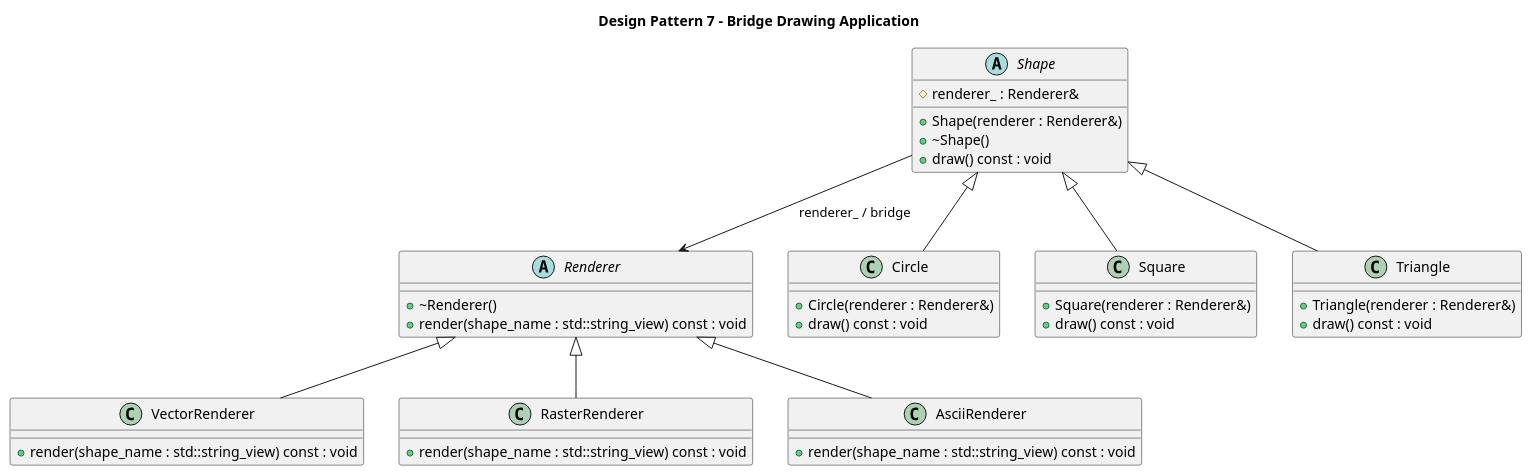
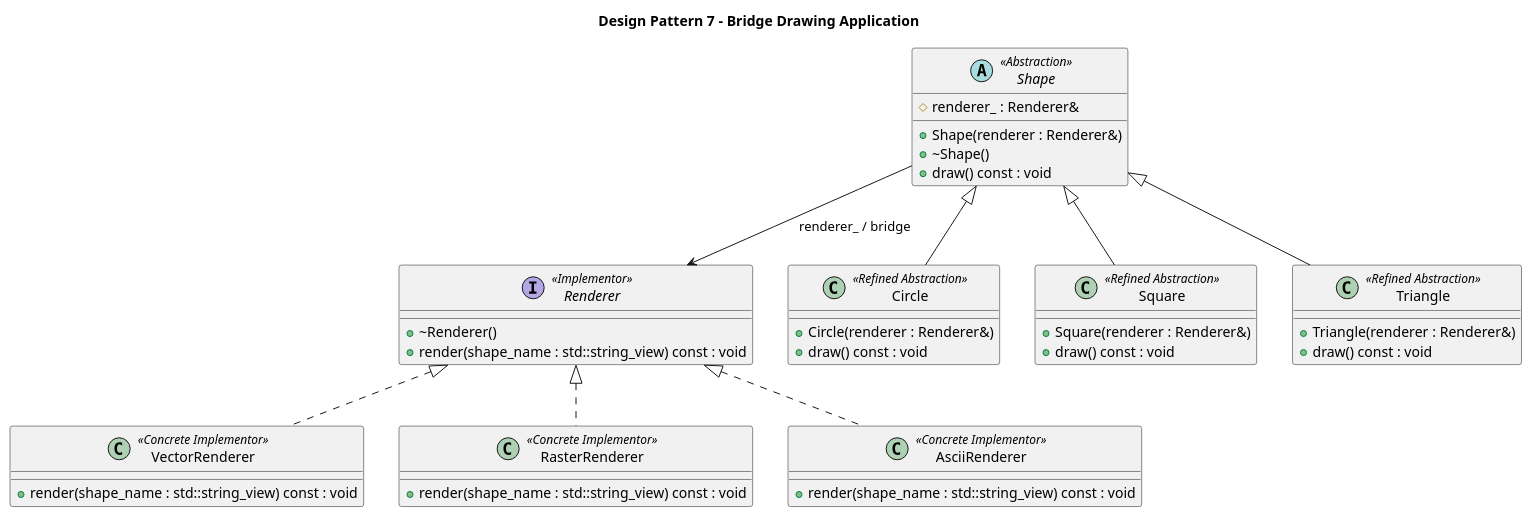
One commit to PatrickG2907/oop-design-pattern-challenges changed the diagram in structural-patterns/bridge/cpp/architecture.puml. Above: the diagram before and after it, drawn with PlantUML.

```diff
--- a/structural-patterns/bridge/cpp/architecture.puml
+++ b/structural-patterns/bridge/cpp/architecture.puml
@@ -1,55 +1,53 @@
 @startuml
 title Design Pattern 7 - Bridge Drawing Application
 
-abstract class Renderer {
+interface Renderer <<Implementor>> {
     + ~Renderer()
     + render(shape_name : std::string_view) const : void
 }
 
-class VectorRenderer {
+class VectorRenderer <<Concrete Implementor>> {
     + render(shape_name : std::string_view) const : void
 }
 
-class RasterRenderer {
+class RasterRenderer <<Concrete Implementor>> {
     + render(shape_name : std::string_view) const : void
 }
 
-class AsciiRenderer {
+class AsciiRenderer <<Concrete Implementor>> {
     + render(shape_name : std::string_view) const : void
 }
 
-
-abstract class Shape {
+abstract class Shape <<Abstraction>> {
     # renderer_ : Renderer&
     + Shape(renderer : Renderer&)
     + ~Shape()
     + draw() const : void
 }
 
-class Circle {
+class Circle <<Refined Abstraction>> {
     + Circle(renderer : Renderer&)
     + draw() const : void
 }
 
-class Square {
+class Square <<Refined Abstraction>> {
     + Square(renderer : Renderer&)
     + draw() const : void
 }
 
-class Triangle {
+class Triangle <<Refined Abstraction>> {
     + Triangle(renderer : Renderer&)
     + draw() const : void
 }
 
-
-Renderer <|-- VectorRenderer
-Renderer <|-- RasterRenderer
-Renderer <|-- AsciiRenderer
+Renderer <|.. VectorRenderer
+Renderer <|.. RasterRenderer
+Renderer <|.. AsciiRenderer
 
 Shape <|-- Circle
 Shape <|-- Square
 Shape <|-- Triangle
 
 Shape --> Renderer : renderer_ / bridge
 
 @enduml
```
